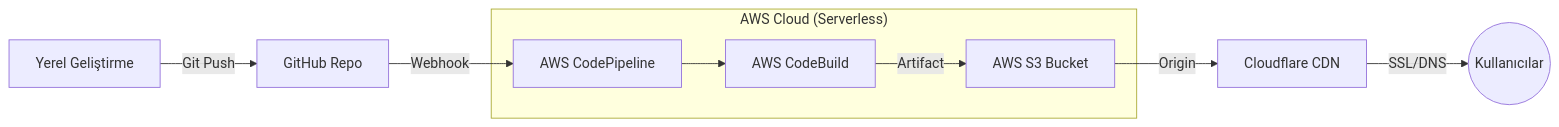
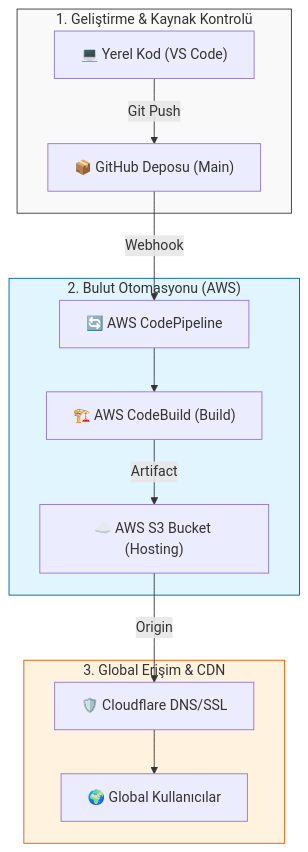
Before and after one commit to hakanbayraktar/s3-landing-page: the diagram in README.md, drawn with Mermaid. The commit also changed other lines of this file and 1 other file, not shown here.

Commit message:
docs: refine article structure, update Mermaid diagrams, and condense technical documentation

````diff
--- a/README.md
+++ b/README.md
@@ -24,11 +22,18 @@
 ```mermaid
-graph LR
-    A[Yerel Geliştirme] -->|Git Push| B[GitHub Repo]
-    B -->|Webhook| C[AWS CodePipeline]
-    subgraph AWS_Cloud ["AWS Cloud (Serverless)"]
-        C --> D[AWS CodeBuild]
-        D -->|Artifact| E[AWS S3 Bucket]
+graph TD
+    subgraph GELISTIRME_FAZI ["1. Geliştirme & Kaynak Kontrolü"]
+        A["💻 Yerel Kod (VS Code)"] -->|Git Push| B["📦 GitHub Deposu (Main)"]
     end
-    E -->|Origin| F[Cloudflare CDN]
-    F -->|SSL/DNS| G((Kullanıcılar))
+    subgraph CI_CD_FAZI ["2. Bulut Otomasyonu (AWS)"]
+        B -->|Webhook| C["🔄 AWS CodePipeline"]
+        C --> D["🏗️ AWS CodeBuild (Build)"]
+        D -->|Artifact| E["☁️ AWS S3 Bucket (Hosting)"]
+    end
+    subgraph DAGITIM_FAZI ["3. Global Erişim & CDN"]
+        E -->|Origin| F["🛡️ Cloudflare DNS/SSL"]
+        F --> G["🌍 Global Kullanıcılar"]
+    end
+    style GELISTIRME_FAZI fill:#f9f9f9,stroke:#333
+    style CI_CD_FAZI fill:#e1f5fe,stroke:#01579b
+    style DAGITIM_FAZI fill:#fff3e0,stroke:#e65100
 ```
````
